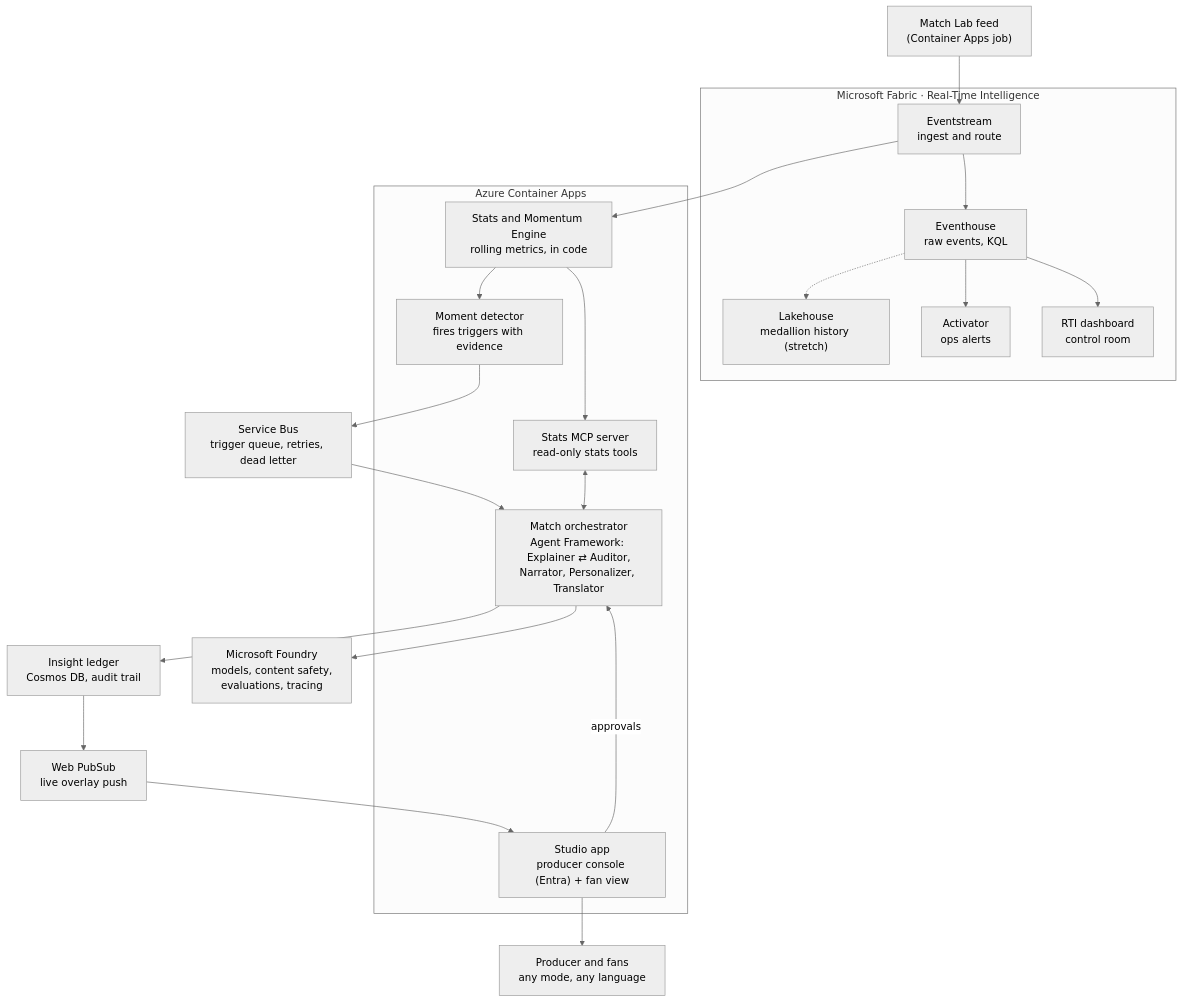
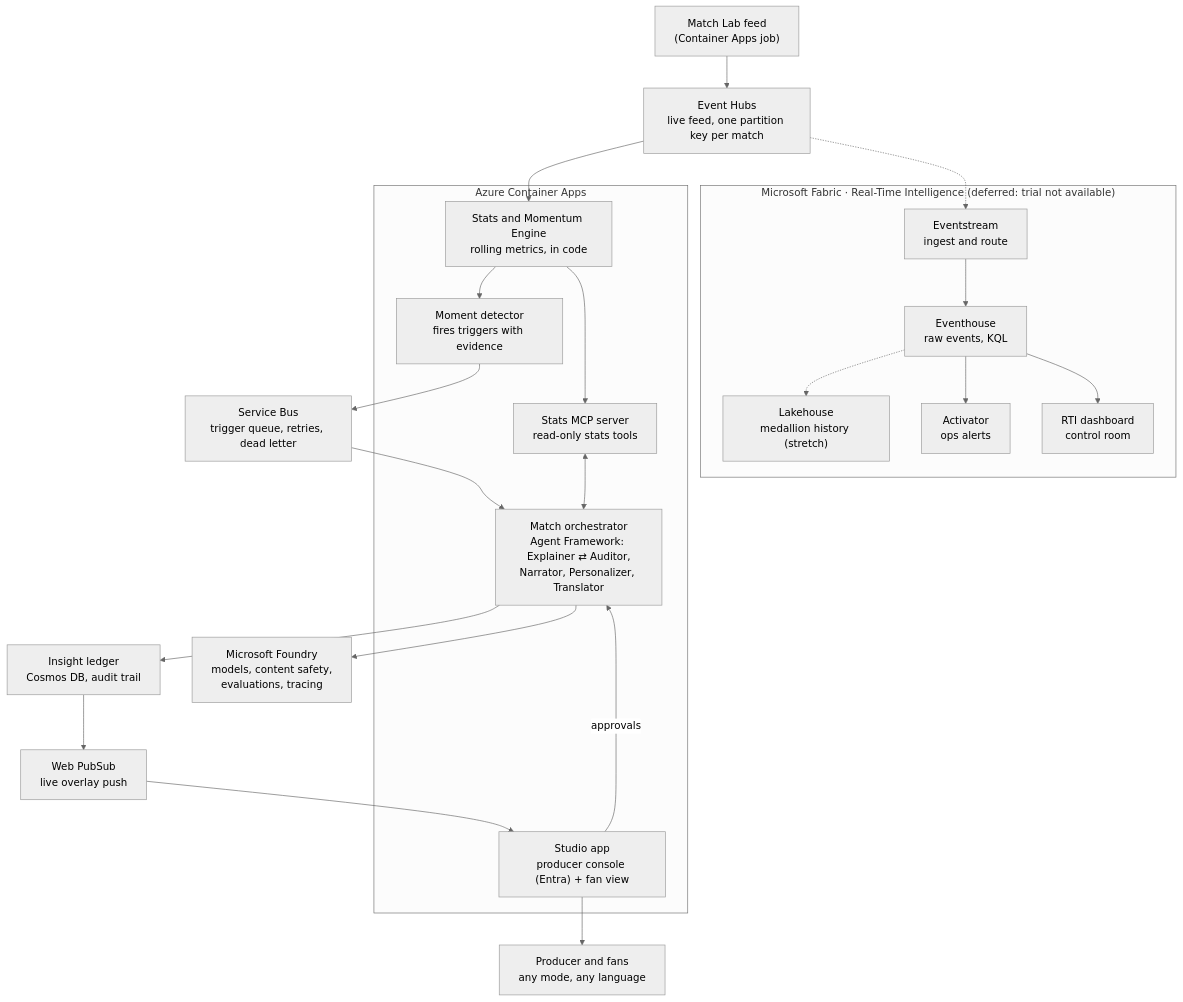
Before and after one commit to pimcabanlit/pitch-ledger: the diagram in docs/architecture.md, drawn with Mermaid (neutral theme). The commit also changed other lines of this file and 6 other files, not shown here.

First line of the commit message:
Document Event Hubs as the live feed and defer Fabric components

````diff
--- a/docs/architecture.md
+++ b/docs/architecture.md
@@ -5,44 +5,46 @@
 ```mermaid
 flowchart TB
     feed["Match Lab feed<br/>(Container Apps job)"]
+    hub["Event Hubs<br/>live feed, one partition key per match"]
 
-    subgraph fabric["Microsoft Fabric · Real-Time Intelligence"]
+    subgraph fabric["Microsoft Fabric · Real-Time Intelligence (deferred: trial not available)"]
         es["Eventstream<br/>ingest and route"]
         eh["Eventhouse<br/>raw events, KQL"]
         lh["Lakehouse<br/>medallion history (stretch)"]
         act["Activator<br/>ops alerts"]
         dash["RTI dashboard<br/>control room"]
         es --> eh
         eh -.-> lh
         eh --> act
         eh --> dash
     end
 
     subgraph aca["Azure Container Apps"]
         engine["Stats and Momentum Engine<br/>rolling metrics, in code"]
         detector["Moment detector<br/>fires triggers with evidence"]
         mcp["Stats MCP server<br/>read-only stats tools"]
         orch["Match orchestrator<br/>Agent Framework: Explainer ⇄ Auditor,<br/>Narrator, Personalizer, Translator"]
         studio["Studio app<br/>producer console (Entra) + fan view"]
     end
 
     sb["Service Bus<br/>trigger queue, retries, dead letter"]
     foundry["Microsoft Foundry<br/>models, content safety,<br/>evaluations, tracing"]
     ledger["Insight ledger<br/>Cosmos DB, audit trail"]
     pubsub["Web PubSub<br/>live overlay push"]
     viewers["Producer and fans<br/>any mode, any language"]
 
-    feed --> es
-    es --> engine
+    feed --> hub
+    hub --> engine
+    hub -.-> es
     engine --> detector
     engine --> mcp
     detector --> sb
     sb --> orch
     mcp <--> orch
     orch --> foundry
     orch --> ledger
     ledger --> pubsub
     pubsub --> studio
     studio --> viewers
     studio -- approvals --> orch
 ```
````
